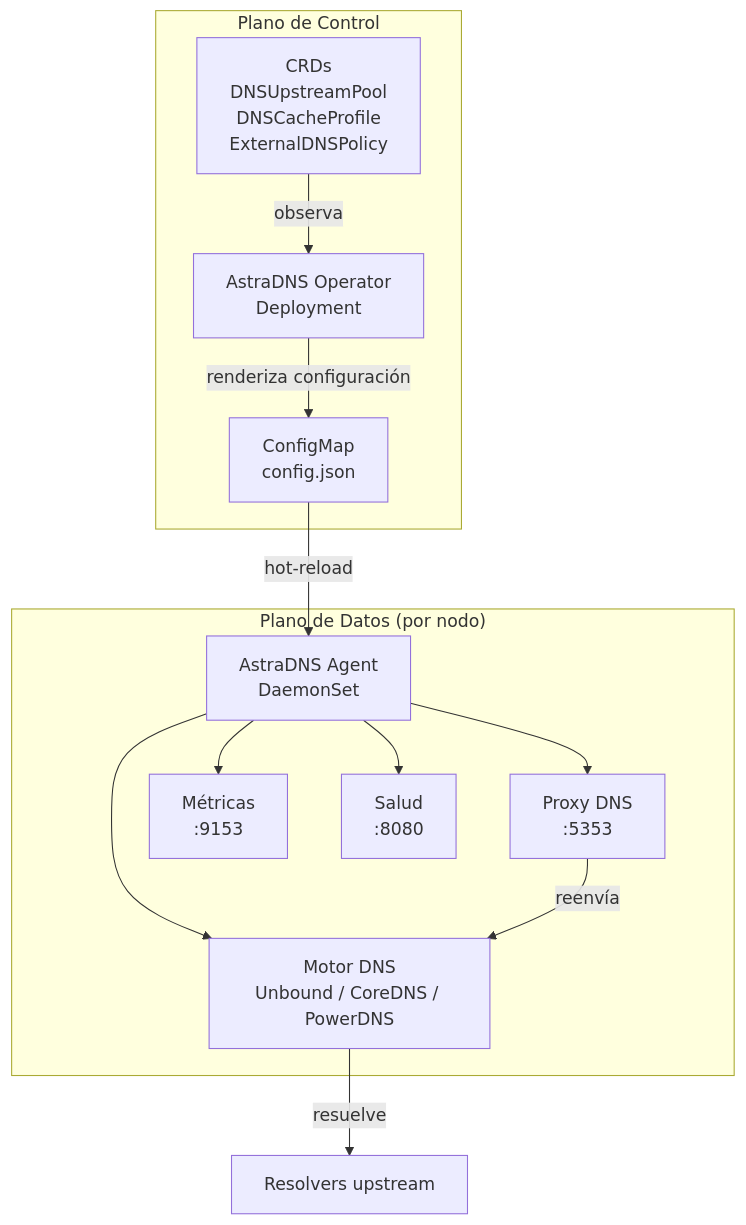
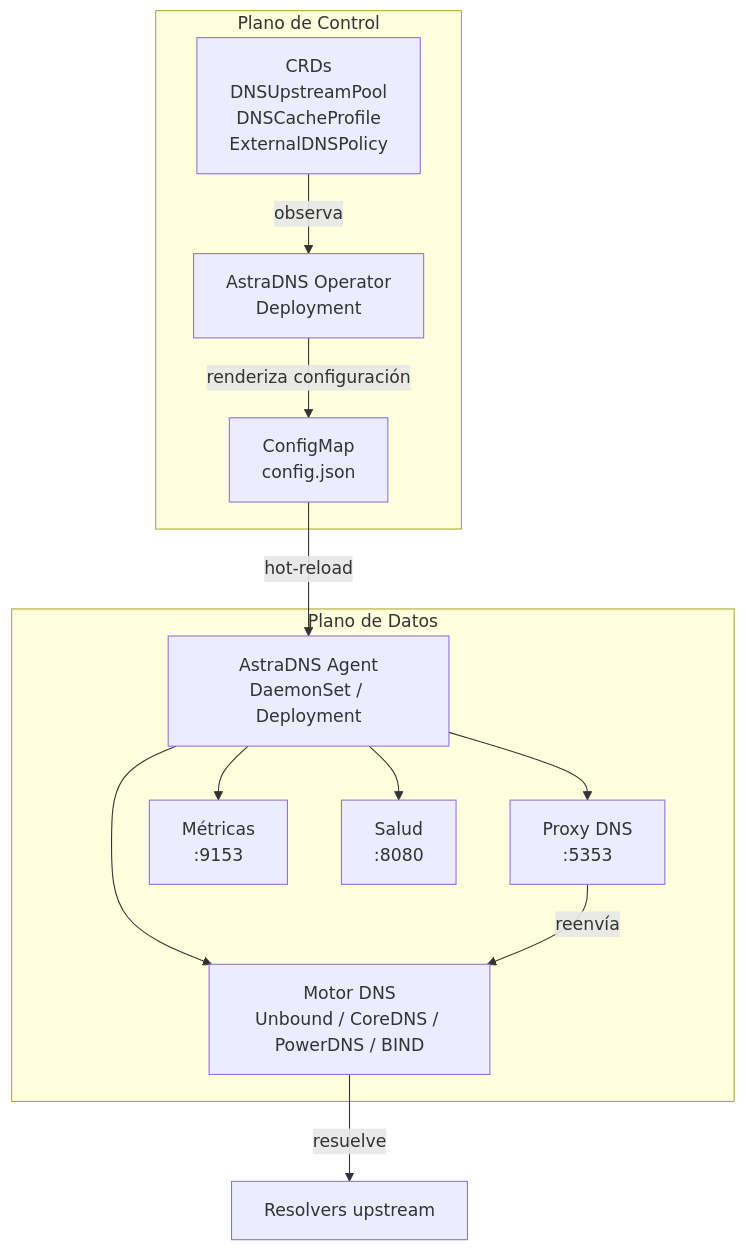
The diagram in docs/es/architecture/index.md (astradns/astradns-site), drawn with Mermaid before and after one commit. The commit also changed other lines of this file and 47 other files, not shown here.

Commit message:
docs(site): reconcile topology and runbook docs with chart behavior

````diff
--- a/docs/es/architecture/index.md
+++ b/docs/es/architecture/index.md
@@ -17,26 +17,26 @@
 ```mermaid
 graph TB
     subgraph "Plano de Control"
         CRDs[CRDs<br/>DNSUpstreamPool<br/>DNSCacheProfile<br/>ExternalDNSPolicy]
         Operator[AstraDNS Operator<br/>Deployment]
         CM[ConfigMap<br/>config.json]
     end
 
-    subgraph "Plano de Datos (por nodo)"
-        Agent[AstraDNS Agent<br/>DaemonSet]
-        Engine[Motor DNS<br/>Unbound / CoreDNS / PowerDNS]
+    subgraph "Plano de Datos"
+        Agent[AstraDNS Agent<br/>DaemonSet / Deployment]
+        Engine[Motor DNS<br/>Unbound / CoreDNS / PowerDNS / BIND]
         Proxy[Proxy DNS<br/>:5353]
         Metrics[Métricas<br/>:9153]
         Health[Salud<br/>:8080]
     end
 
     CRDs -->|observa| Operator
     Operator -->|renderiza configuración| CM
     CM -->|hot-reload| Agent
     Agent --> Proxy
     Agent --> Engine
     Agent --> Metrics
     Agent --> Health
     Proxy -->|reenvía| Engine
     Engine -->|resuelve| Internet[Resolvers upstream]
 ```
````
